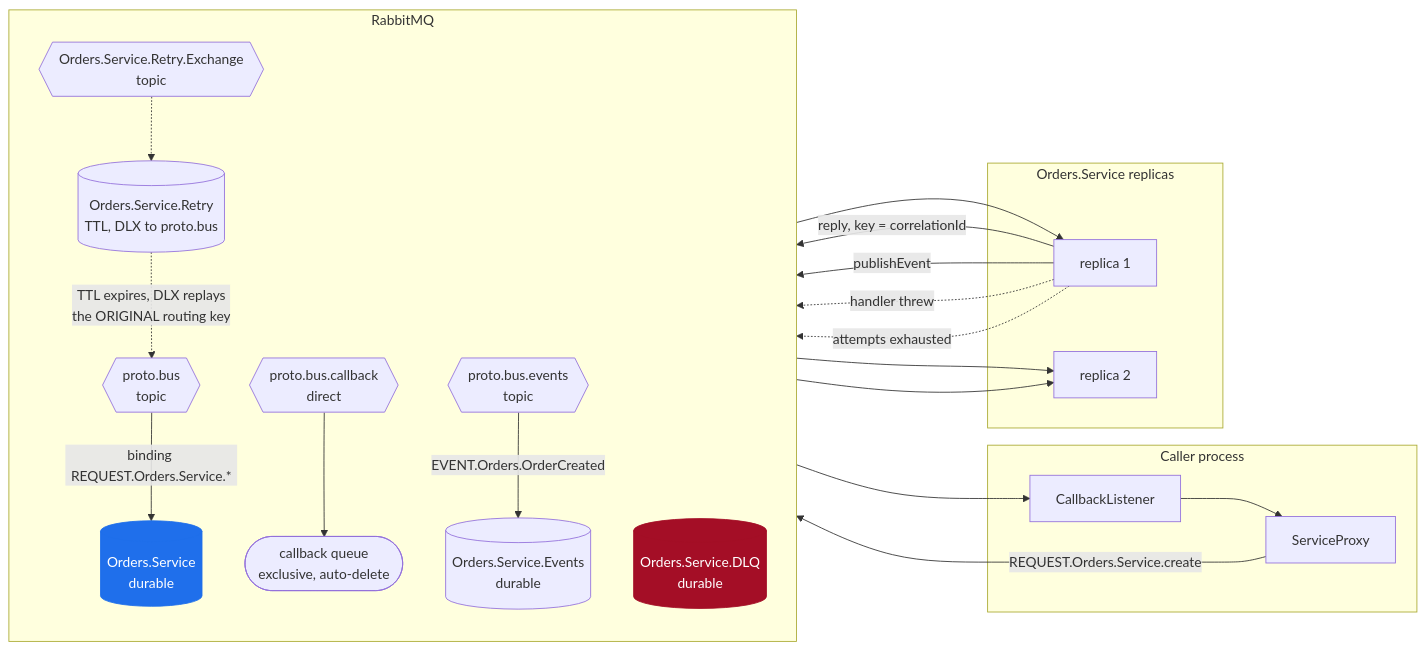
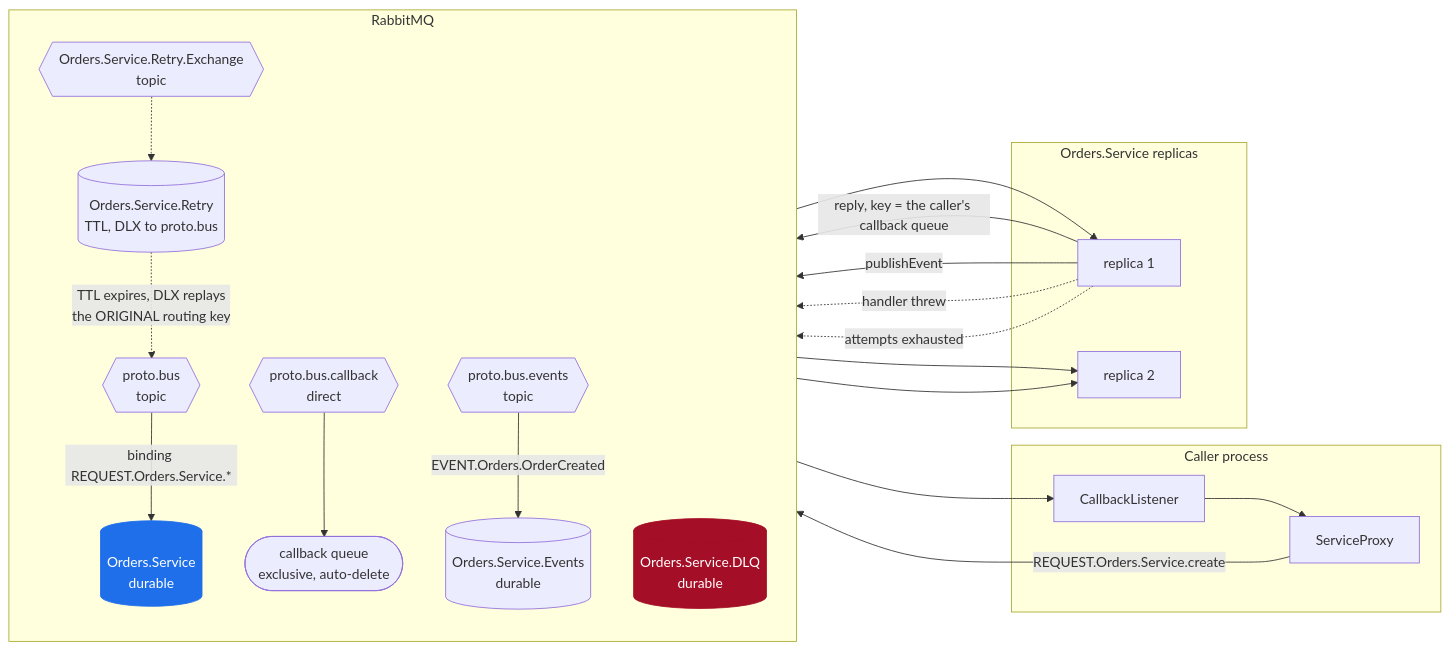
One commit to ArielLaub/protobus changed the second of 6 diagrams in docs/concepts/architecture.md. Above: the diagram before and after it, drawn with Mermaid. The commit also changed other lines of this file and 16 other files, not shown here.

First line of the commit message:
docs: render every Mermaid diagram, and fix the one that did not

````diff
--- a/docs/concepts/architecture.md
+++ b/docs/concepts/architecture.md
@@ -45,48 +45,48 @@
 ```mermaid
 flowchart LR
     subgraph caller["Caller process"]
         P["ServiceProxy"]
         CL["CallbackListener"]
     end
 
     subgraph broker["RabbitMQ"]
         direction TB
         BUS{{"proto.bus<br/>topic"}}
         CB{{"proto.bus.callback<br/>direct"}}
         EV{{"proto.bus.events<br/>topic"}}
         RX{{"Orders.Service.Retry.Exchange<br/>topic"}}
 
         Q[("Orders.Service<br/>durable")]
         QE[("Orders.Service.Events<br/>durable")]
         QR[("Orders.Service.Retry<br/>TTL, DLX to proto.bus")]
         QD[("Orders.Service.DLQ<br/>durable")]
         QC(["callback queue<br/>exclusive, auto-delete"])
     end
 
     subgraph svc["Orders.Service replicas"]
         R1["replica 1"]
         R2["replica 2"]
     end
 
     P -->|"REQUEST.Orders.Service.create"| BUS
     BUS -->|"binding REQUEST.Orders.Service.*"| Q
     Q --> R1
     Q --> R2
 
-    R1 -->|"reply, key = correlationId"| CB
+    R1 -->|"reply, key = the caller's callback queue"| CB
     CB --> QC
     QC --> CL
     CL --> P
 
     R1 -->|"publishEvent"| EV
     EV -->|"EVENT.Orders.OrderCreated"| QE
     QE --> R2
 
     R1 -.->|"handler threw"| RX
     RX -.-> QR
     QR -.->|"TTL expires, DLX replays<br/>the ORIGINAL routing key"| BUS
     R1 -.->|"attempts exhausted"| QD
 
     style Q fill:#1f6feb,color:#fff,stroke:#1f6feb
     style QD fill:#a40e26,color:#fff,stroke:#a40e26
 ```
````
